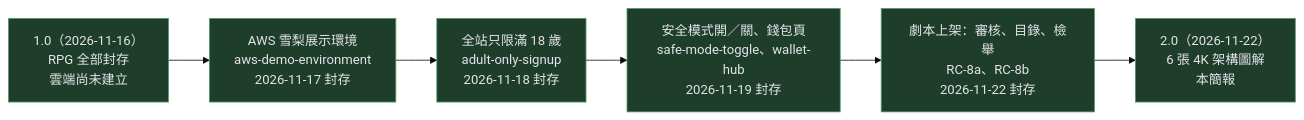
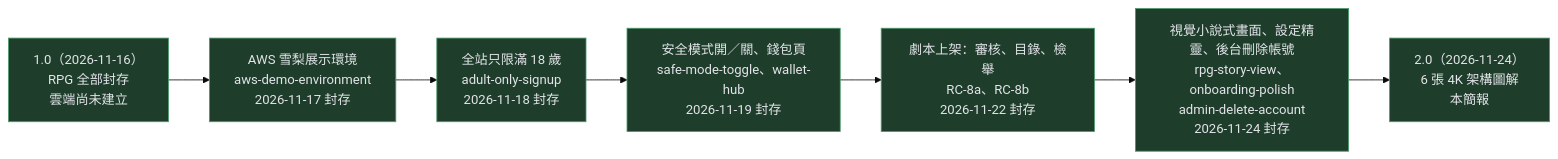
Before and after one commit to pp466pp466/R.A.C: the first of 18 diagrams in docs/2.0簡報.md, drawn with Mermaid (base theme). The commit also changed other lines of this file and 12 other files, not shown here.

First line of the commit message:
簡報與圖解更新到 2026-11-24，新增 5.0 重點版簡報（含「開發工具」頁）

````diff
--- a/docs/2.0簡報.md
+++ b/docs/2.0簡報.md
@@ -45,10 +45,11 @@
 ```mermaid
 flowchart LR
     A["1.0（2026-11-16）<br/>RPG 全部封存<br/>雲端尚未建立"]:::done --> B["AWS 雪梨展示環境<br/>aws-demo-environment<br/>2026-11-17 封存"]:::done
     B --> C["全站只限滿 18 歲<br/>adult-only-signup<br/>2026-11-18 封存"]:::done
     C --> D["安全模式開／關、錢包頁<br/>safe-mode-toggle、wallet-hub<br/>2026-11-19 封存"]:::done
     D --> E["劇本上架：審核、目錄、檢舉<br/>RC-8a、RC-8b<br/>2026-11-22 封存"]:::done
-    E --> F["2.0（2026-11-22）<br/>6 張 4K 架構圖解<br/>本簡報"]:::done
+    E --> E5["視覺小說式畫面、設定精靈、後台刪除帳號<br/>rpg-story-view、onboarding-polish<br/>admin-delete-account<br/>2026-11-24 封存"]:::done
+    E5 --> F["2.0（2026-11-24）<br/>6 張 4K 架構圖解<br/>本簡報"]:::done
     classDef done fill:#1f3d2b,stroke:#4c9a6a,color:#e2e4e9
     classDef active fill:#3d2f1f,stroke:#ff6b35,color:#e2e4e9
 ```
````
